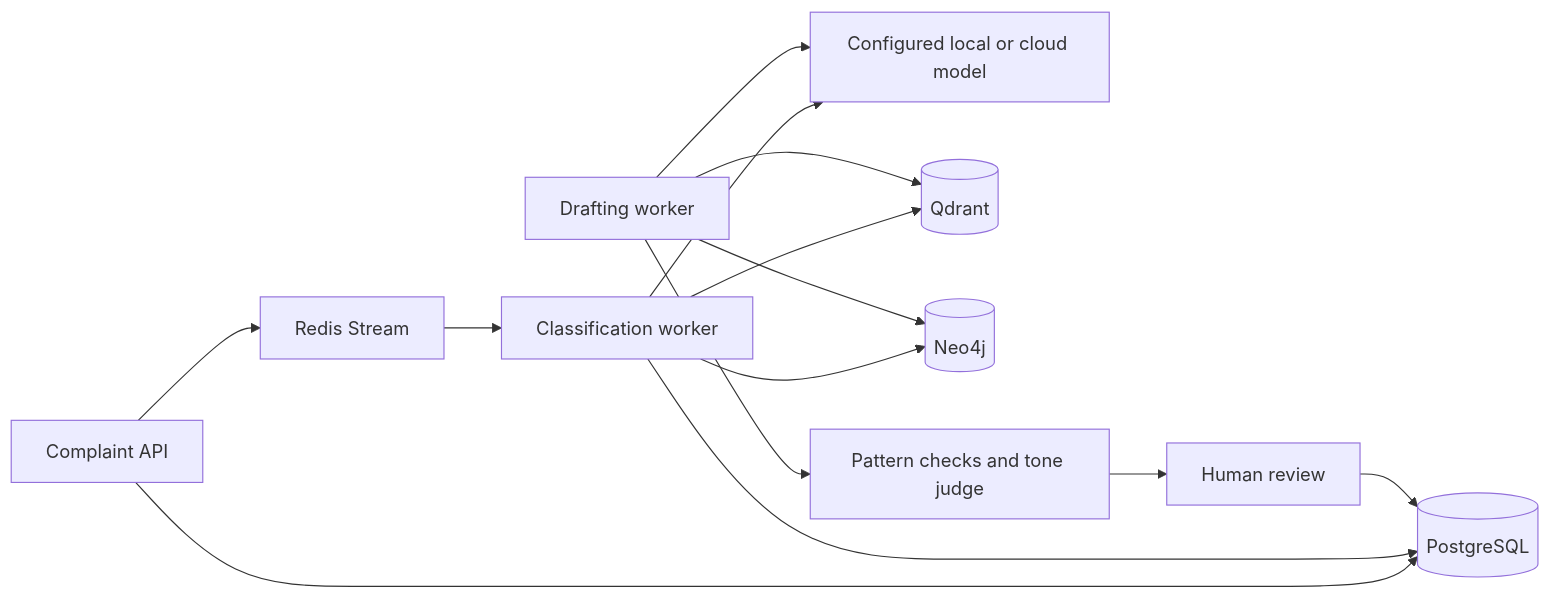
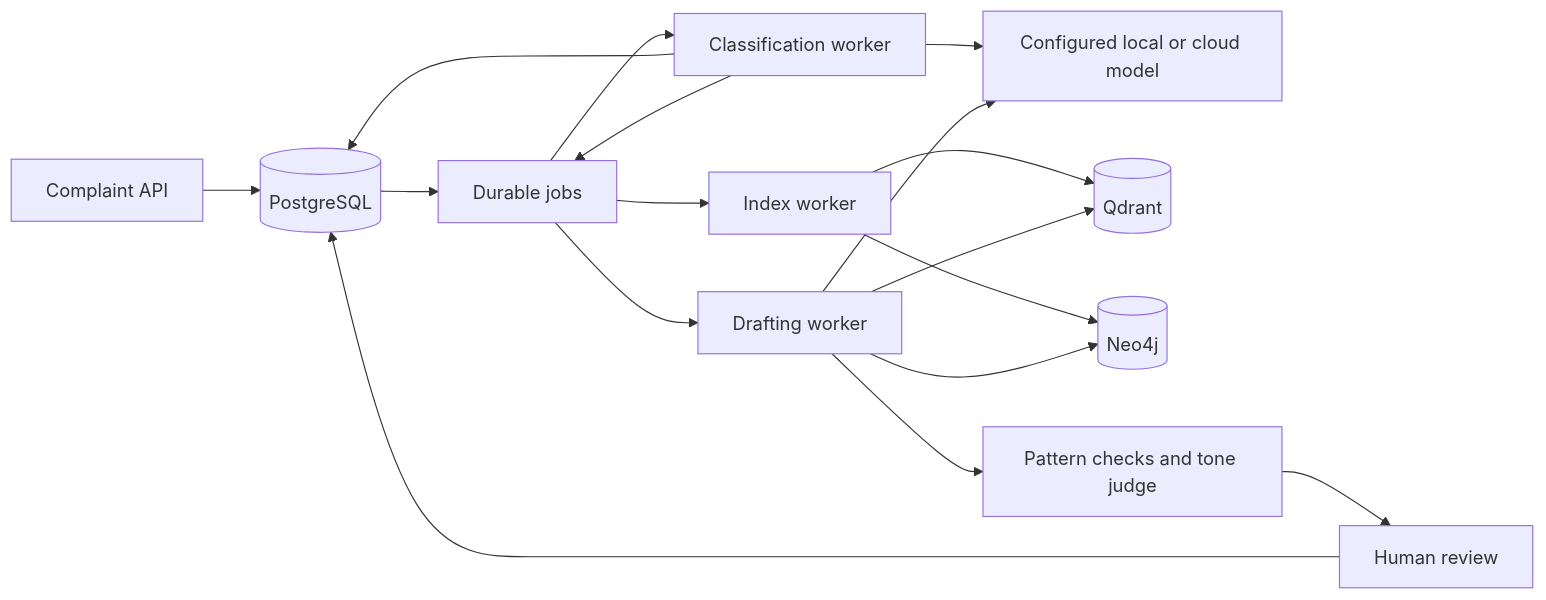
One commit to deeason7/ResolveAI changed the diagram in README.md. Above: the diagram before and after it, drawn with Mermaid. The commit also changed other lines of this file and 6 other files, not shown here.

````diff
--- a/README.md
+++ b/README.md
@@ -32,16 +31,19 @@
 ```mermaid
 flowchart LR
     A[Complaint API] --> PG[(PostgreSQL)]
-    A --> Q[Redis Stream]
+    PG --> Q[Durable jobs]
     Q --> W[Classification worker]
     W --> L[Configured local or cloud model]
     W --> PG
-    W --> V[(Qdrant)]
-    W --> G[(Neo4j)]
-    R[Drafting worker] --> V
+    W --> Q
+    Q --> I[Index worker]
+    I --> V[(Qdrant)]
+    I --> G[(Neo4j)]
+    Q --> R[Drafting worker]
+    R --> V
     R --> G
     R --> L
     R --> C[Pattern checks and tone judge]
     C --> UI[Human review]
     UI --> PG
 ```
````
